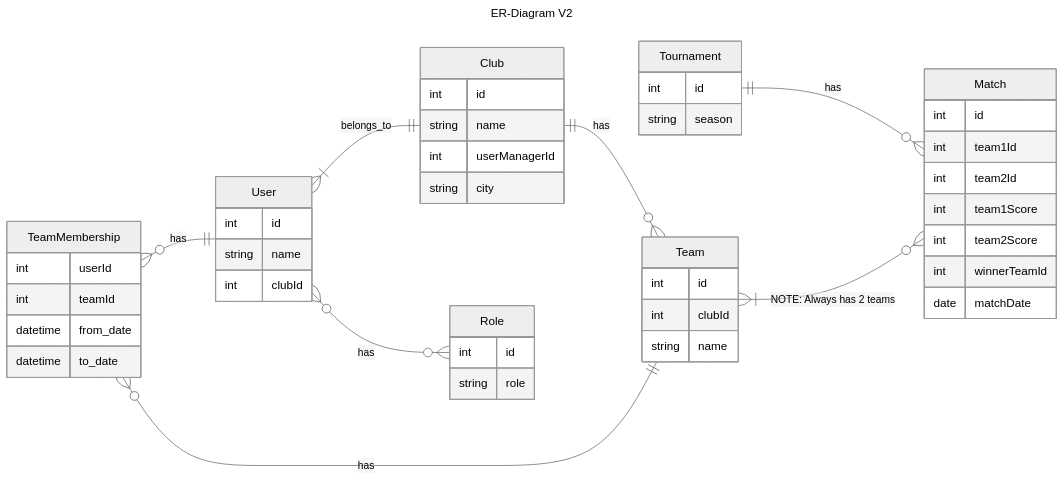
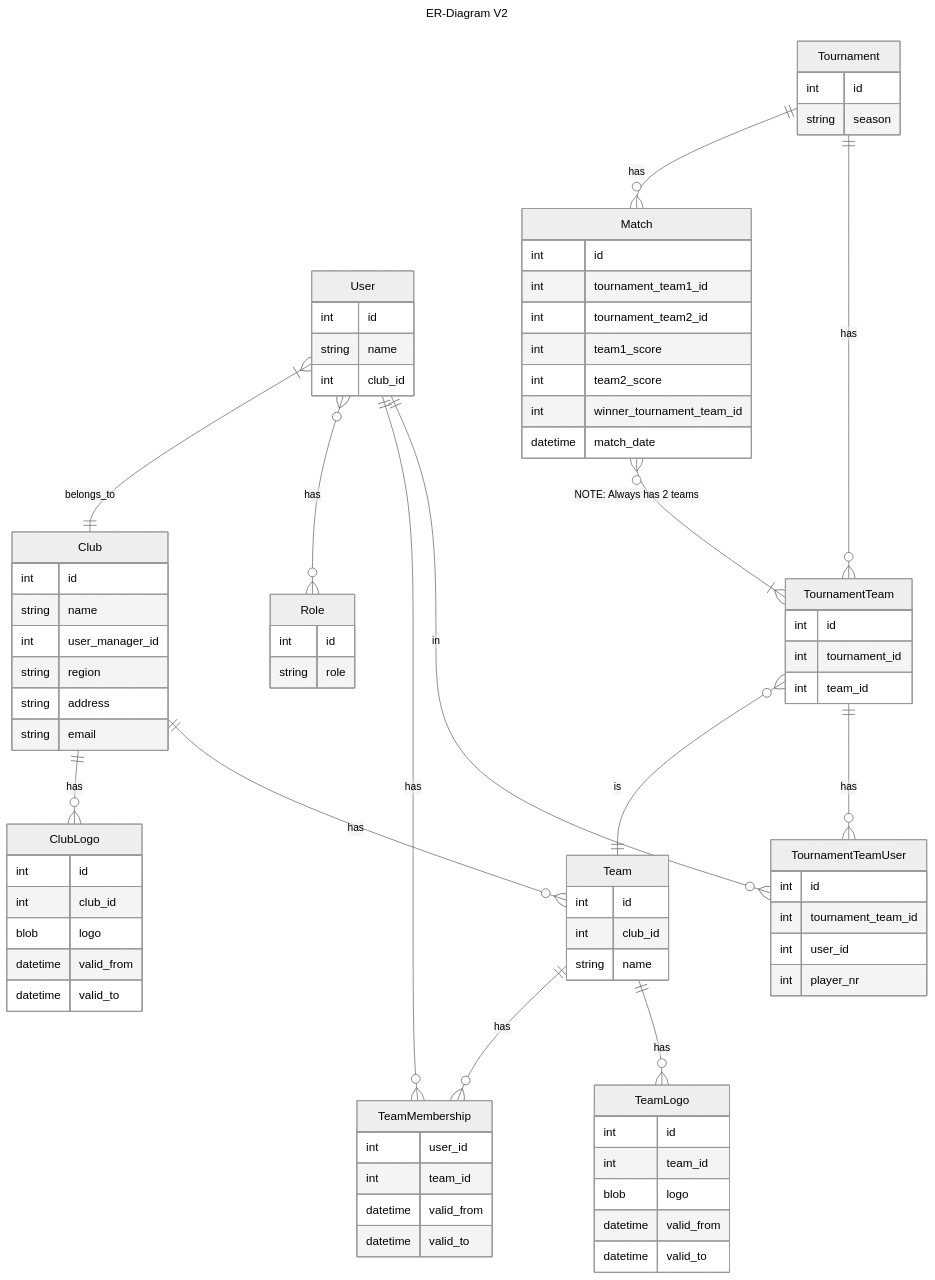
Before and after one commit to TacoKarl/kpolo: the second of 2 diagrams in backend/README.md, drawn with Mermaid (neutral theme). The commit also changed other lines of this file, not shown here.

Commit message:
Made v2 of ERD

````diff
--- a/backend/README.md
+++ b/backend/README.md
@@ -94,52 +93,95 @@
 title: ER-Diagram V2
 ---
 erDiagram
-    Direction LR
+    Direction TB
     User }|--|| Club : belongs_to
     User }o--o{ Role : has
+    User ||--o{ TeamMembership : has
+    User || -- o{ TournamentTeamUser : in 
+    Club ||--o{ ClubLogo : has
     Club ||--o{ Team : has
+    Team ||--o{ TeamMembership : has
+    Team ||--o{ TeamLogo : has
     Tournament ||--o{ Match : has
-    Team }|--o{ Match : "NOTE: Always has 2 teams"
-    TeamMembership }o--|| User : has
-    TeamMembership }o--|| Team : has 
+    Tournament ||--o{ TournamentTeam : has
+    TournamentTeam }o--|| Team : is
+    TournamentTeam ||--o{ TournamentTeamUser : has 
+    Match }o--|{ TournamentTeam : "NOTE: Always has 2 teams"
     
     User {
         int id
         string name
-        int clubId
+        int club_id
     }
+
     Role {
         int id
         string role
     }
+
     Club {
         int id
         string name
-        int userManagerId
-        string city
+        int user_manager_id
+        string region
+        string address
+        string email
     }
+
+    ClubLogo {
+        int id
+        int club_id
+        blob logo
+        datetime valid_from
+        datetime valid_to
+    }
+
     Tournament {
         int id
         string season
     }
+
     Match {
         int id
-        int team1Id
-        int team2Id
-        int team1Score
-        int team2Score
-        int winnerTeamId
-        date matchDate
+        int tournament_team1_id
+        int tournament_team2_id
+        int team1_score
+        int team2_score
+        int winner_tournament_team_id
+        datetime match_date
     }
     Team {
         int id
-        int clubId
+        int club_id
         string name
     }
+
+    TeamLogo {
+        int id
+        int team_id
+        blob logo
+        datetime valid_from
+        datetime valid_to
+    }
+
     TeamMembership {
-        int userId
-        int teamId
-        datetime from_date
-        datetime to_date
+        int user_id
+        int team_id
+        datetime valid_from
+        datetime valid_to
     }
+
+    TournamentTeam {
+        int id
+        int tournament_id
+        int team_id
+    }
+
+    TournamentTeamUser{
+        int id
+        int tournament_team_id
+        int user_id
+        int player_nr
+    }
+
 ```
````
